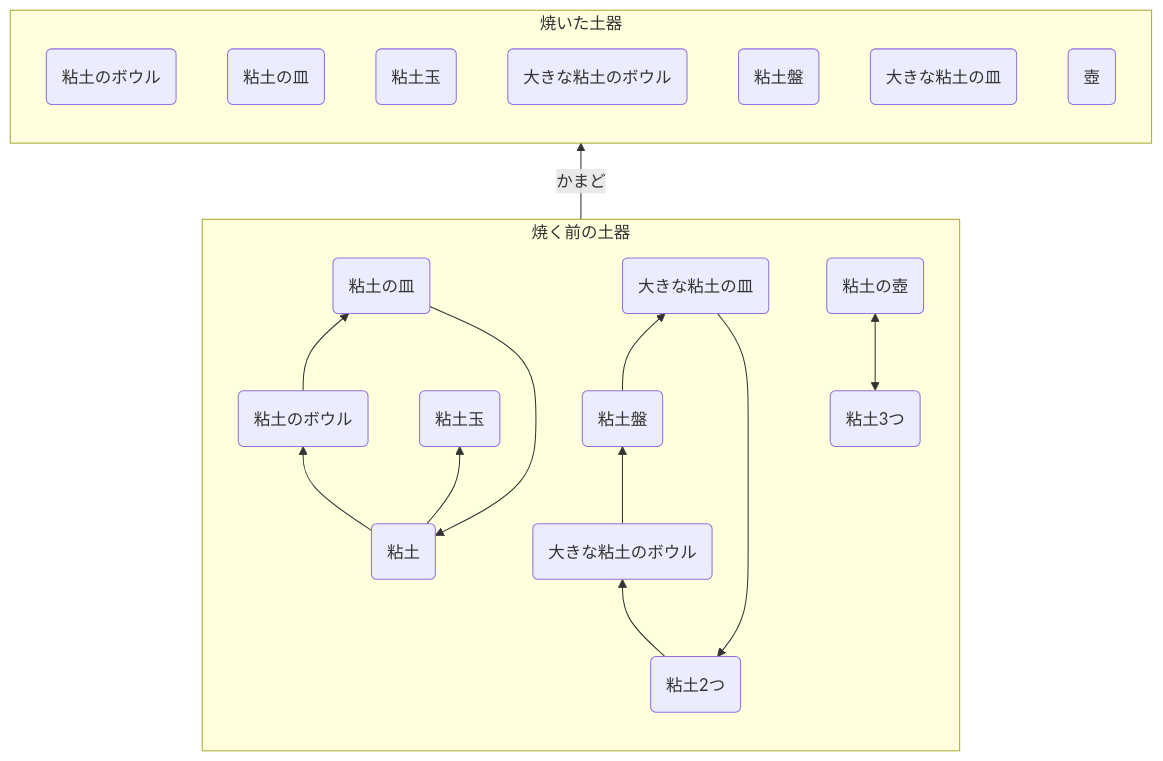
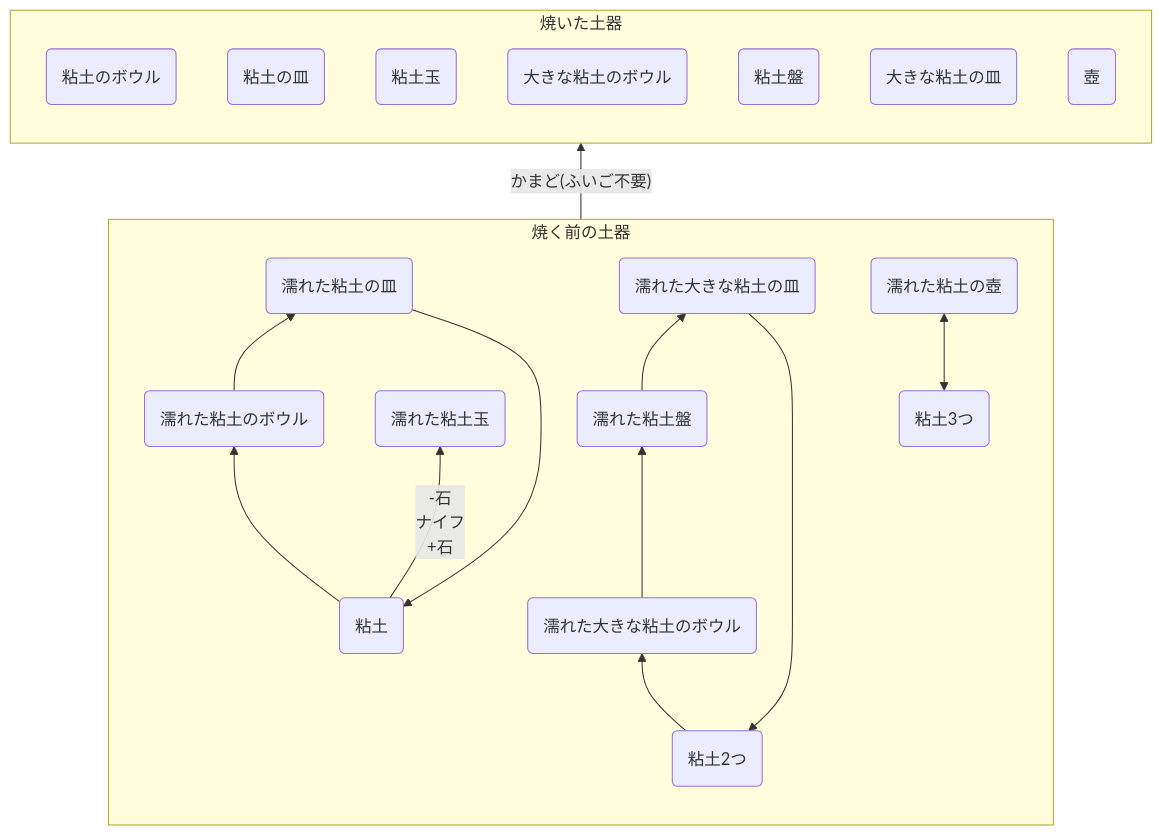
Before and after one commit to aya-0p/yah-craft-recipe: the diagram in Clay.md, drawn with Mermaid.

````diff
--- a/Clay.md
+++ b/Clay.md
@@ -1,44 +1,44 @@
 ```mermaid
 flowchart BT
 
 subgraph a [焼く前の土器]
 direction BT
 aaa(粘土)
-aab(粘土のボウル)
-aac(粘土の皿)
-aad(粘土玉)
+aab(濡れた粘土のボウル)
+aac(濡れた粘土の皿)
+aad(濡れた粘土玉)
 
 aba(粘土2つ)
-abb(大きな粘土のボウル)
-abc(粘土盤)
-abd(大きな粘土の皿)
+abb(濡れた大きな粘土のボウル)
+abc(濡れた粘土盤)
+abd(濡れた大きな粘土の皿)
 
 aca(粘土3つ)
-acb(粘土の壺)
+acb(濡れた粘土の壺)
 
 
 aaa --> aab
 aab --> aac
 aac --> aaa
-aaa --> aad
+aaa -->|"-石\nナイフ\n+石"| aad
 
 aba --> abb
 abb --> abc
 abc --> abd
 abd --> aba
 
 aca <--> acb
 end
 
 subgraph b [焼いた土器]
 direction BT
 ba(粘土のボウル)
 bb(粘土の皿)
 bc(粘土玉)
 bd(大きな粘土のボウル)
 be(粘土盤)
 bf(大きな粘土の皿)
 bg(壺)
 end
-a -->|"かまど"| b
+a -->|"かまど(ふいご不要)"| b
 ```
````
